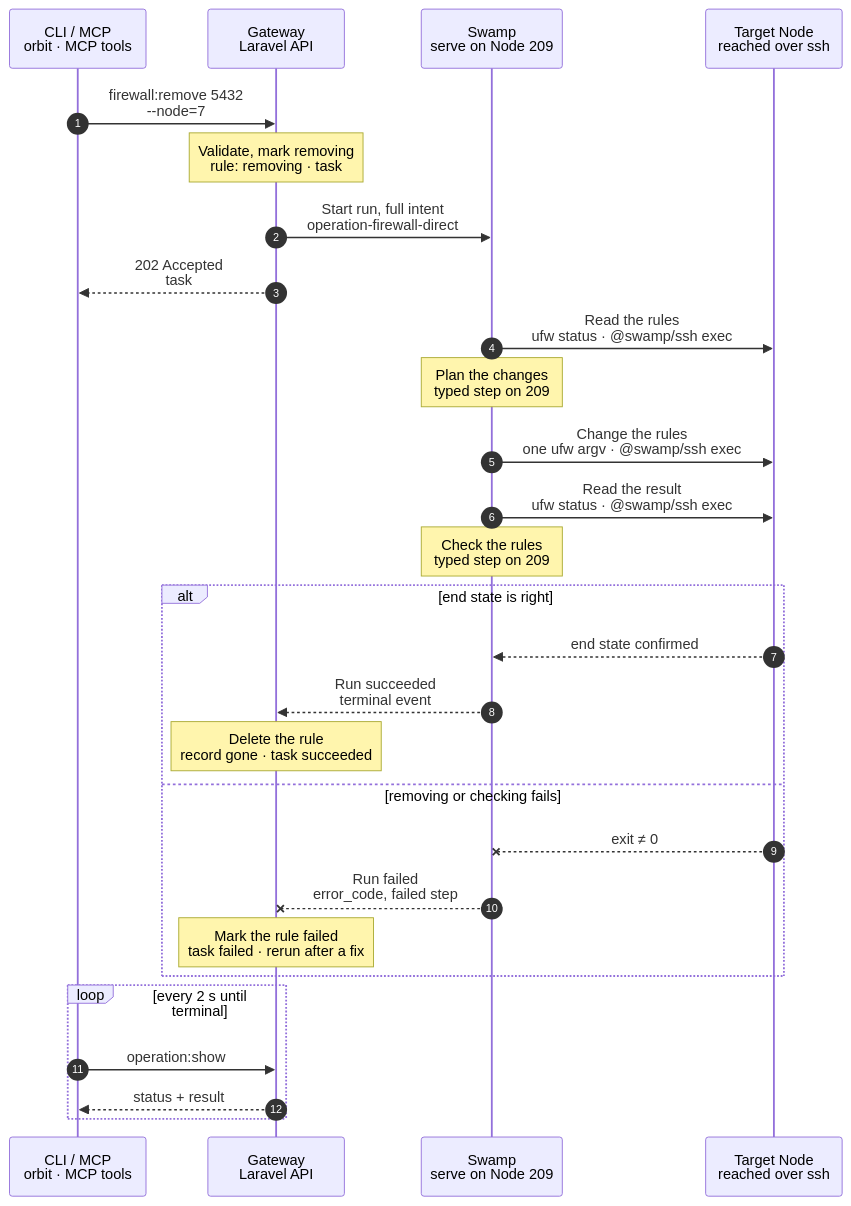
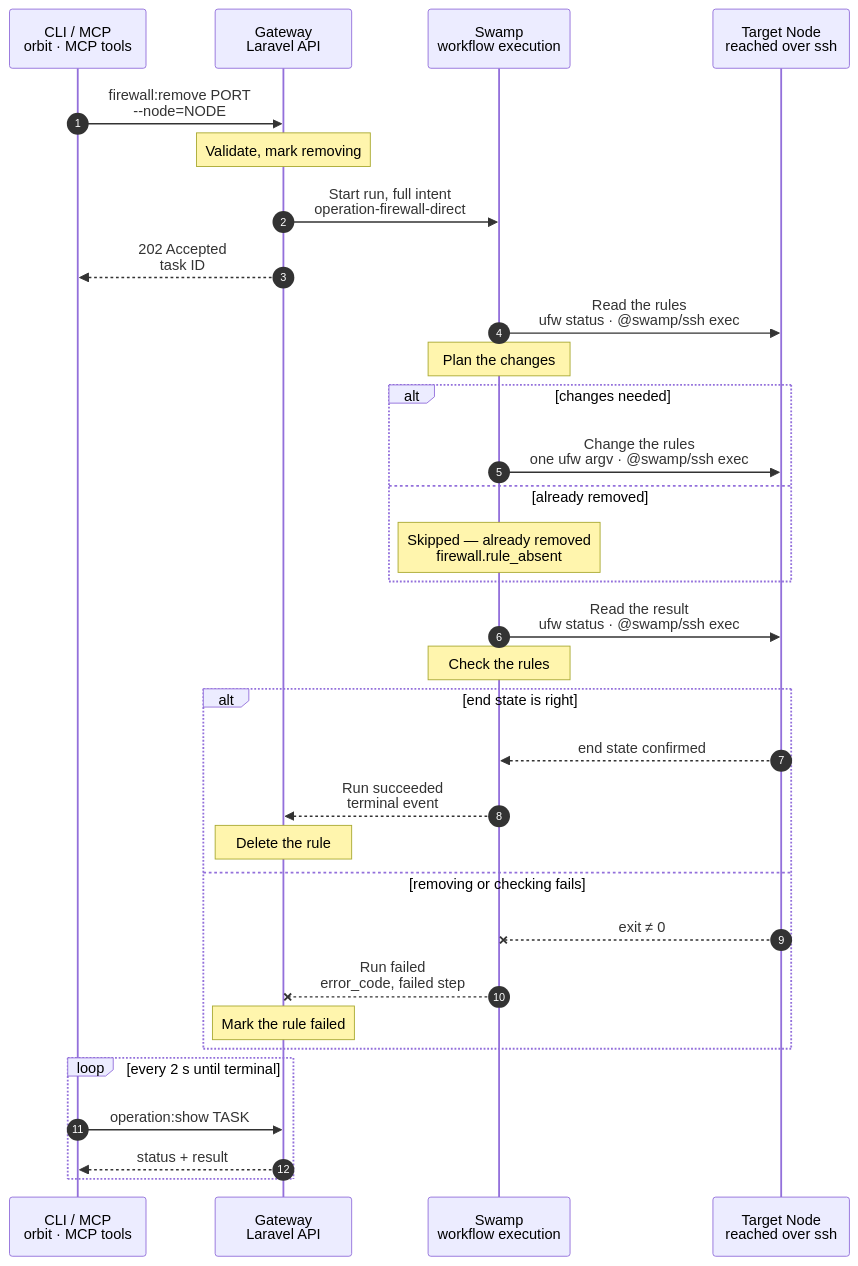
The diagram in docs/cli/firewall/remove.mmd (hardimpactdev/orbit), drawn with Mermaid before and after one commit. The commit also changed 7 other files, not shown here.

First line of the commit message:
docs(firewall): firewall:remove is ready (chart, page, cases)

```diff
--- a/docs/cli/firewall/remove.mmd
+++ b/docs/cli/firewall/remove.mmd
@@ -1,105 +1,118 @@
 sequenceDiagram
   %% Target design: ADR 0244 task, ADR 0241 allowlists, DECISIONS R1-R4 + 5 (process.stop shape, shared SSH identity). Same shape as firewall.allow.
   %% Tightened: flow-tighten 2026-11-03, rule 22 (no script: one ufw argv per change over @swamp/ssh exec; a typed step plans positions, Lab #4334).
   %% status: reviewed
   %% command: firewall:remove
   %% kind: firewall.remove
   autonumber
   %% lane CLI icon=terminal pill=caller tone=gray
   %% lane GW icon=gateway pill=intent tone=blue
   %% lane SW icon=workflow pill=executes tone=green
   %% lane N icon=server pill=target tone=amber
   participant CLI as CLI / MCP<br/>orbit · MCP tools
   participant GW as Gateway<br/>Laravel API
-  participant SW as Swamp<br/>serve on Node 209
+  participant SW as Swamp<br/>workflow execution
   participant N as Target Node<br/>reached over ssh
-  CLI->>GW: firewall:remove 5432<br/>--node=7
+  CLI->>GW: firewall:remove PORT<br/>--node=NODE
   %%> Command:
-  %%> - `orbit firewall:remove 5432 --node=7`
+  %%> - `orbit firewall:remove PORT --node=NODE`
   %%> - syntax: `<port> --node=ID [--from=SOURCE] [--protocol=tcp|udp]`
   %%> Input:
-  %%> - the port as the argument, and the Node
-  %%> - `--from` and `--protocol` only when several rules share the port
+  %%> - the destination port or port range of the rule, and the Node
+  %%> - optionally the source and the protocol, to pick one rule when several share the port
   %%> Confirmation:
   %%> - the CLI asks before removal; `--yes` confirms without a prompt
   %%> Who can call it:
   %%> - the `orbit` CLI and the MCP tool send the same request
-  Note over GW: Validate, mark removing<br/>rule: removing · task #5131
+  Note over GW: Validate, mark removing
   %%> Requirements:
-  %%> - your Node has an access grant to Node 7
-  %%> - exactly one rule on Node 7 matches the port, source and protocol
-  %%> - no other firewall change runs on Node 7; the Gateway holds one lock per Node
+  %%> - the calling Node has an access grant to the target Node
+  %%> - the target is an active Linux Node
+  %%> - exactly one rule on the target matches the port, source and protocol: none is `firewall.rule_not_found`, several is `firewall.rule_ambiguous` and lists each match
+  %%> - no other firewall change runs on the target; the Gateway holds one lock per Node
   %%> Works out what to keep:
   %%> - a ufw line that another rule, or a rule Orbit itself needs, also uses stays on the Node
   %%> - only lines that belong to this rule alone are removed
   %%> Result:
-  %%> - the rule for port 5432 recorded as removing
-  %%> - task #5131 recorded with the full intent
+  %%> - the rule is recorded as removing
+  %%> - a task is recorded with the full intent
   %%> - nothing has happened on the Node yet
   GW->>SW: Start run, full intent<br/>operation-firewall-direct
   %%> What it does:
-  %%> - starts one Swamp run on serve (Node 209)
+  %%> - starts one Swamp run
   %%> Inputs:
   %%> - the ufw lines to remove, and the lines that must stay
-  %%> - Node 7's address and SSH host keys; the SSH identity comes from the `swamp` role
-  GW-->>CLI: 202 Accepted<br/>task #5131
+  %%> - the target's address and SSH host keys; the SSH identity comes from the `swamp` role
+  GW-->>CLI: 202 Accepted<br/>task ID
   %%> What you get:
-  %%> - the task number, at once
+  %%> - the task ID, at once
   %%> Next:
   %%> - the CLI follows the task with `operation:show`
   SW->>N: Read the rules<br/>ufw status · @swamp/ssh exec
   %%> How:
-  %%> - Swamp reaches Node 7 over SSH from 209 with the official `@swamp/ssh` behavior
+  %%> - a Swamp worker reaches the target over SSH with the official `@swamp/ssh` behavior
   %%> - refuses an inactive firewall (`firewall.backend_inactive`) before any change
-  Note over SW: Plan the changes<br/>typed step on 209
+  Note over SW: Plan the changes
   %%> What it does:
-  %%> - turns ufw's numbered rows into the ufw commands this rule needs, in order
-  %%> - an insert position counts the rows as they will be after the earlier commands
+  %%> - turns the rule into one ufw delete command per protocol and address family
+  %%> - skips a line that is already gone and a line that must stay
+  %%> - plans no changes when no line is left to delete
   %%> Why typed, not cfgmgmt:
-  %%> - `@swamp/cfgmgmt/firewall` cannot insert at a position (Lab #4334) or name a port range
-  SW->>N: Change the rules<br/>one ufw argv · @swamp/ssh exec
-  %%> What it does:
-  %%> - deletes each line that belongs to this rule alone; a line that is already gone is skipped
-  %%> - a line that a role also needs (`retain`) stays
-  %%> - runs the planned commands one at a time; nothing is copied to the Node
+  %%> - `@swamp/cfgmgmt/firewall` cannot name a port range
+  alt changes needed
+    SW->>N: Change the rules<br/>one ufw argv · @swamp/ssh exec
+    %%> What it does:
+    %%> - deletes each line that belongs to this rule alone; a line that is already gone is skipped
+    %%> - a line that a role also needs (`retain`) stays
+    %%> - runs the planned commands one at a time; nothing is copied to the Node
+  else already removed
+    Note over SW: Skipped — already removed<br/>firewall.rule_absent
+    %%> Result:
+    %%> - the plan contains no changes
+    %%> - the final read and check still run before the task can succeed
+  end
   SW->>N: Read the result<br/>ufw status · @swamp/ssh exec
-  Note over SW: Check the rules<br/>typed step on 209
+  Note over SW: Check the rules
   %%> What it does:
   %%> - checks every removed line is gone, and retained lines are still there
   %%> - prints the public result; a line that ufw changed in between fails the check, and a rerun repairs it
   %%> Why:
   %%> - the rule only counts as removed when ufw shows it
   alt end state is right
     N-->>SW: end state confirmed
     %%> Returns:
     %%> - the check passed
     SW-->>GW: Run succeeded<br/>terminal event
     %%> How the Gateway learns it:
     %%> - its shared run reader sees the terminal event; Swamp never calls the Gateway
-    Note over GW: Delete the rule<br/>record gone · task succeeded
+    Note over GW: Delete the rule
     %%> Result:
-    %%> - the rule for port 5432 is deleted from the Gateway
-    %%> - task #5131 succeeds
+    %%> - the rule record is deleted from the Gateway
+    %%> - the task succeeds
+    %%> - if no changes were needed, reports `Skipped — already removed (firewall.rule_absent)`
+    %%> - the skip reason is part of the successful result in human and machine output, not an error
   else removing or checking fails
     N--xSW: exit ≠ 0
     %%> When:
     %%> - ufw refuses the change, SSH fails, or the end state is wrong
     SW--xGW: Run failed<br/>error_code, failed step
     %%> The Gateway reads:
     %%> - which step failed and its error code
-    Note over GW: Mark the rule failed<br/>task failed · rerun after a fix
+    Note over GW: Mark the rule failed
     %%> Result:
-    %%> - the rule for port 5432 stays, marked failed, so you can see it
-    %%> - task #5131 fails
+    %%> - the rule stays, marked failed, so you can see it
+    %%> - the task fails
     %%> On the Node:
     %%> - lines removed before the failure stay removed; there is no rollback
-    %%> - that is safe: a rerun skips lines that are already gone
+    %%> - that is safe: the rule stays marked failed, and a rerun skips lines that are already gone
+    %%> Retry:
+    %%> - run the same command again after fixing the cause; it is a new task
   end
   loop every 2 s until terminal
-    CLI->>GW: operation:show #5131
+    CLI->>GW: operation:show TASK
     %%> What it does:
     %%> - asks for the task's status every 2 seconds until it has ended
     GW-->>CLI: status + result
     %%> Returns:
     %%> - the current status, and the result once the task has ended
   end
```
